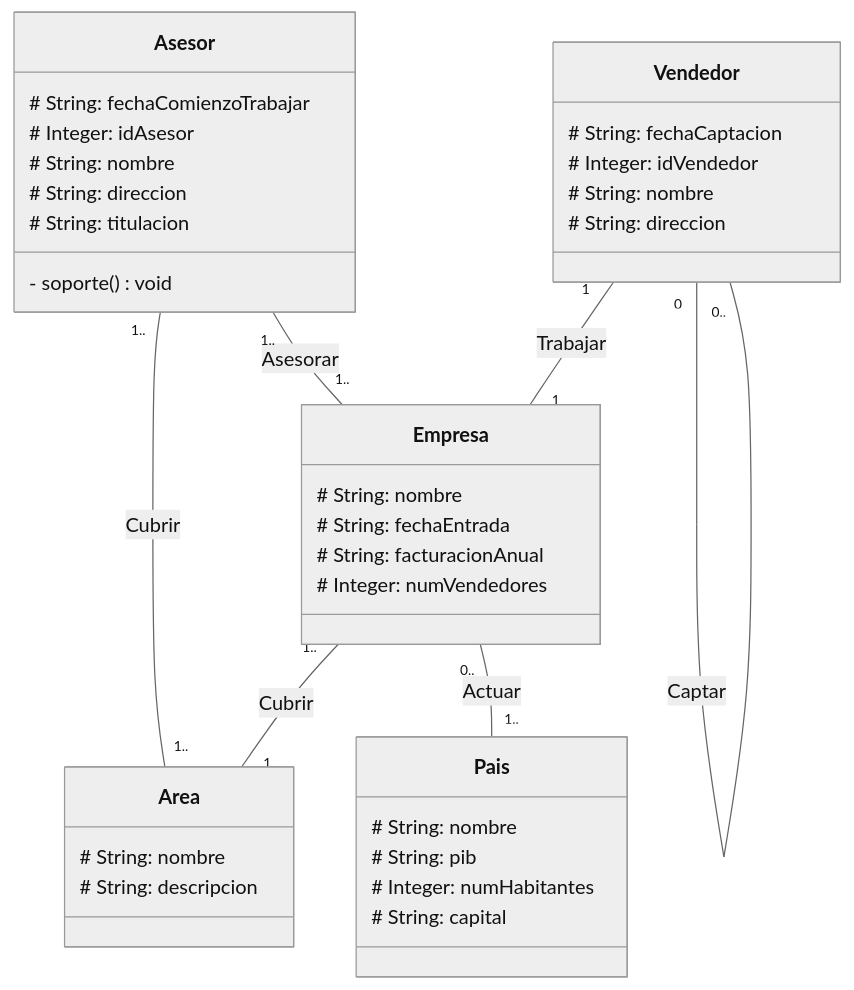
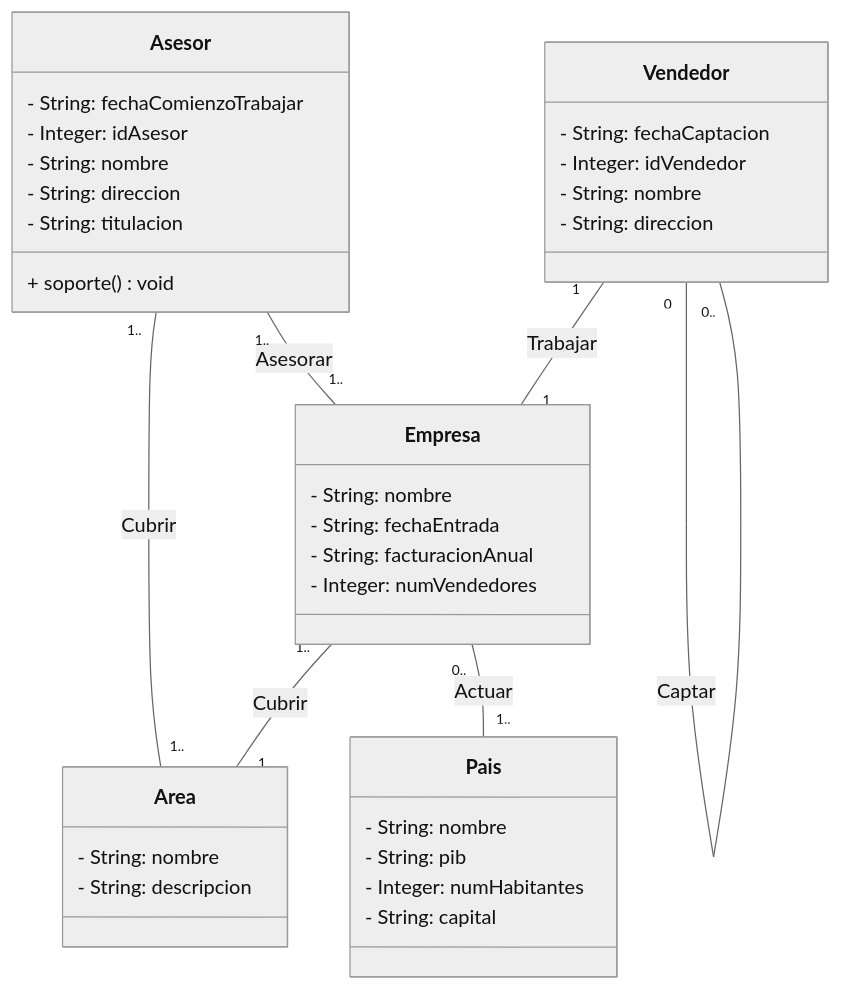
The diagram in EEDD/EvaluableMermaid/1.md (AngelRagel05/Angel-1DAW), drawn with Mermaid (neutral theme) before and after one commit. The commit also changed 1 other file, not shown here.

Commit message:
Checkpoint: current project state

````diff
--- a/EEDD/EvaluableMermaid/1.md
+++ b/EEDD/EvaluableMermaid/1.md
@@ -1,45 +1,45 @@
 ``` mermaid
     classDiagram
         class Vendedor {
-            # String: fechaCaptacion
-            # Integer: idVendedor
-            # String: nombre
-            # String: direccion
+            - String: fechaCaptacion
+            - Integer: idVendedor
+            - String: nombre
+            - String: direccion
         }
 
         class Asesor {
-            # String: fechaComienzoTrabajar
-            # Integer: idAsesor
-            # String: nombre
-            # String: direccion
-            # String: titulacion
+            - String: fechaComienzoTrabajar
+            - Integer: idAsesor
+            - String: nombre
+            - String: direccion
+            - String: titulacion
 
-            - soporte() void
+            + soporte() void
         }
 
         class Pais {
-            # String: nombre
-            # String: pib
-            # Integer: numHabitantes
-            # String: capital
+            - String: nombre
+            - String: pib
+            - Integer: numHabitantes
+            - String: capital
         }
 
         class Empresa {
-            # String: nombre
-            # String: fechaEntrada
-            # String: facturacionAnual
-            # Integer: numVendedores
+            - String: nombre
+            - String: fechaEntrada
+            - String: facturacionAnual
+            - Integer: numVendedores
         }
 
         class Area {
-            # String: nombre
-            # String: descripcion
+            - String: nombre
+            - String: descripcion
         }
 
         Vendedor "1" -- "1" Empresa: Trabajar
         Vendedor "0" -- "0.." Vendedor: Captar
         Empresa "1.." -- "1.." Area: Cubrir
         Empresa "0.." -- "1.." Pais: Actuar
         Asesor "1.." -- "1.." Area: Cubrir
         Asesor "1.." -- "1.." Empresa: Asesorar
 ```
````
